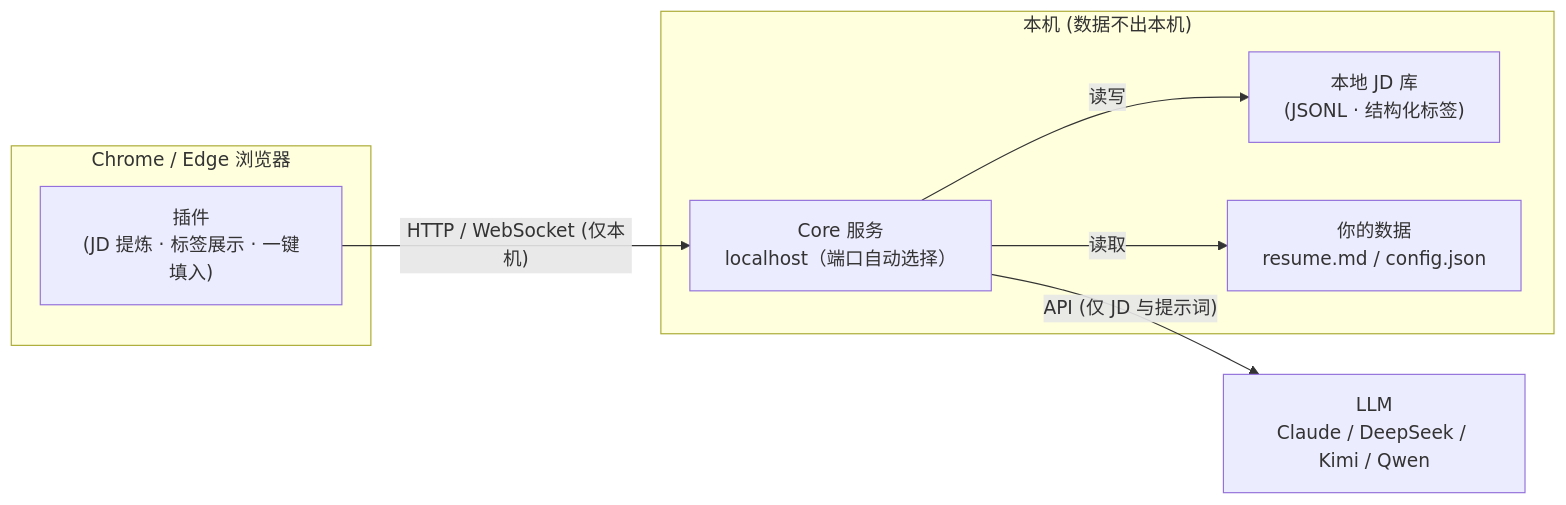
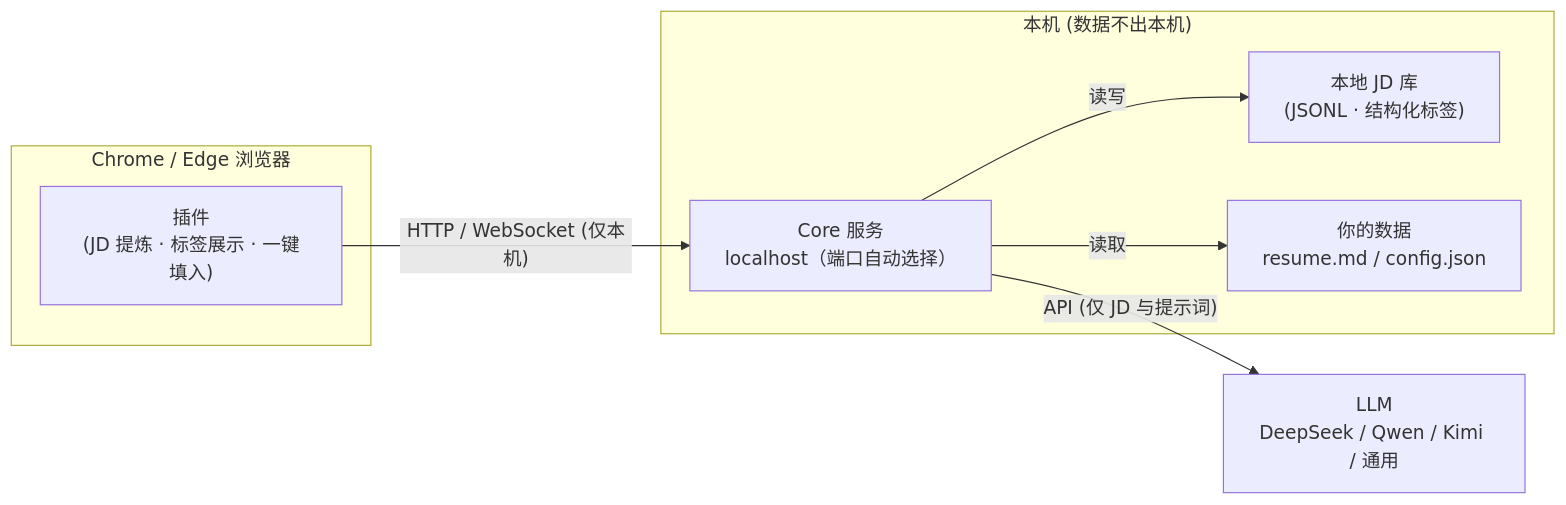
The diagram in README.md (xxwj225-James/tomi-job-hunt), drawn with Mermaid before and after one commit. The commit also changed other lines of this file and 20 other files, not shown here.

First line of the commit message:
feat: simplify provider config — deepseek/qwen/kimi/generic, drop maxTokens

````diff
--- a/README.md
+++ b/README.md
@@ -25,19 +25,19 @@
 ```mermaid
 flowchart LR
     subgraph Browser["Chrome / Edge 浏览器"]
         Ext["插件<br/>(JD 提炼 · 标签展示 · 一键填入)"]
     end
 
     subgraph Local["本机 (数据不出本机)"]
         Core["Core 服务<br/>localhost（端口自动选择）"]
         Store["本地 JD 库<br/>(JSONL · 结构化标签)"]
         Data["你的数据<br/>resume.md / config.json"]
         Core -->|读写| Store
         Core -->|读取| Data
     end
 
-    LLM["LLM<br/>Claude / DeepSeek / Kimi / Qwen"]
+    LLM["LLM<br/>DeepSeek / Qwen / Kimi / 通用"]
 
     Ext -->|"HTTP / WebSocket (仅本机)"| Core
     Core -->|"API (仅 JD 与提示词)"| LLM
 ```
````
